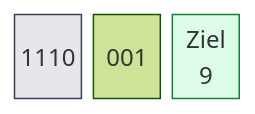
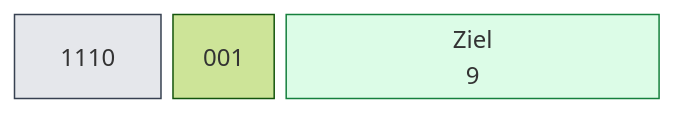
Before and after one commit to olfp/Deep16: diagram 11 of 32 in book/kap03.md, drawn with Mermaid (forest theme). The commit also changed other lines of this file and 1 other file, not shown here.

Commit message:
book(kap03): alle 32 Befehlsdiagramme auf 31-Spalten-Layout normiert

````diff
--- a/book/kap03.md
+++ b/book/kap03.md
@@ -430,15 +430,15 @@
 ```mermaid
 block-beta
-  columns 3
+  columns 31
   classDef op fill:#e5e7eb,stroke:#374151
   classDef reg fill:#dbeafe,stroke:#1d4ed8
   classDef imm fill:#fef3c7,stroke:#b45309
   classDef off fill:#dcfce7,stroke:#15803d
   classDef seg fill:#ede9fe,stroke:#6d28d9
   classDef all fill:#fee2e2,stroke:#b91c1c
-  b0["1110"]:1
-  b1["001"]:1
-  b2["Ziel<br/>9"]:1
+  b0["1110"]:7
+  b1["001"]:5
+  b2["Ziel<br/>9"]:17
   class b0 b1 op
   class b2 off
 ```
````
